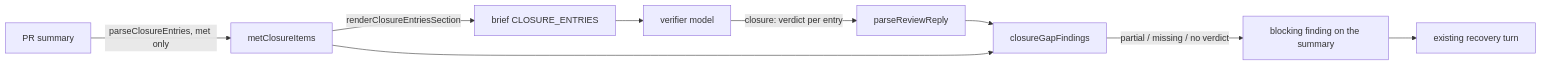
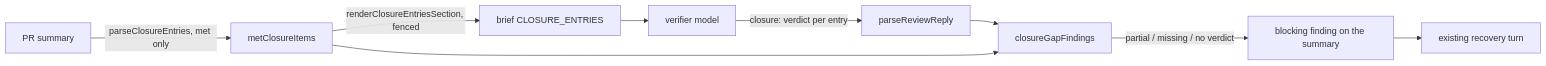
One commit to stSoftwareAU/VibeCoder changed the diagram in docs/archive/pr-summaries/pr-summary-3766.md. Above: the diagram before and after it, drawn with Mermaid. The commit also changed other lines of this file and 7 other files, not shown here.

First line of the commit message:
Address PR #3890 review: closure verdict check fails closed, fenced, '@'-safe

````diff
--- a/docs/archive/pr-summaries/pr-summary-3766.md
+++ b/docs/archive/pr-summaries/pr-summary-3766.md
@@ -41,11 +43,11 @@
 ```mermaid
 flowchart LR
     S[PR summary] -->|parseClosureEntries, met only| M[metClosureItems]
-    M -->|renderClosureEntriesSection| B["brief CLOSURE_ENTRIES"]
+    M -->|renderClosureEntriesSection, fenced| B["brief CLOSURE_ENTRIES"]
     B --> V[verifier model]
     V -->|"closure: verdict per entry"| P[parseReviewReply]
     P --> G[closureGapFindings]
     M --> G
     G -->|partial / missing / no verdict| F[blocking finding on the summary]
     F --> R[existing recovery turn]
 ```
````
